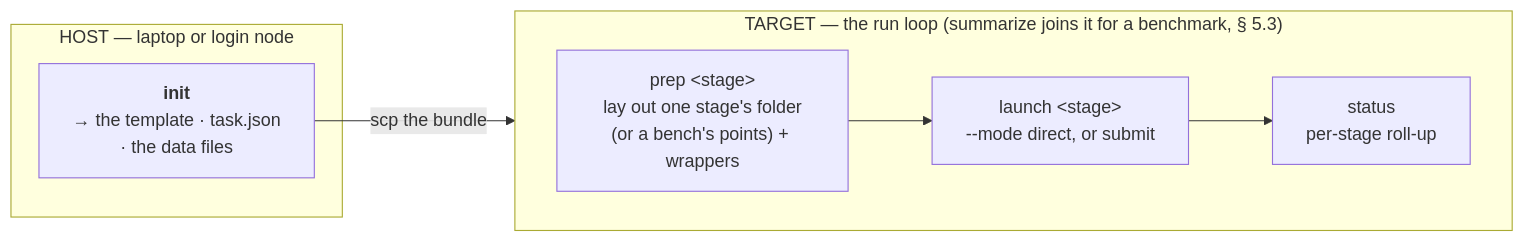
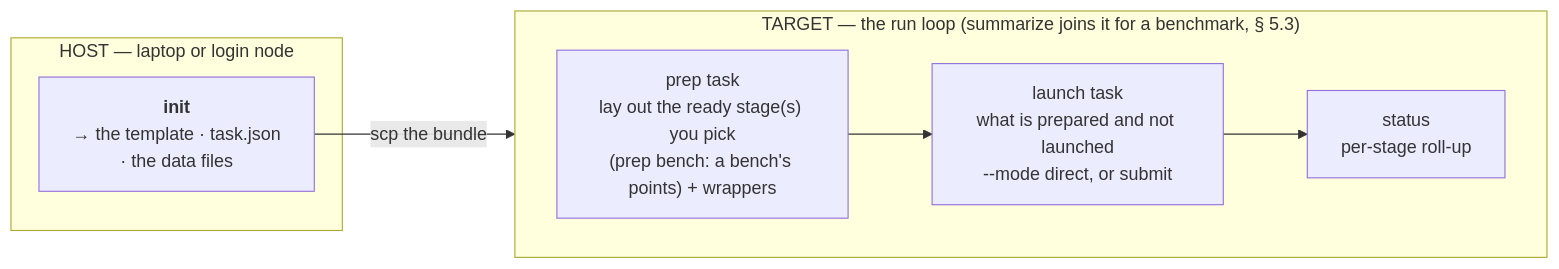
Before and after one commit to Qing-LAB/molbuilder: the fifth of 10 diagrams in docs/execution/job-system.md, drawn with Mermaid. The commit also changed other lines of this file and 14 other files, not shown here.

````diff
--- a/docs/execution/job-system.md
+++ b/docs/execution/job-system.md
@@ -921,14 +923,14 @@
 ```mermaid
 flowchart LR
     subgraph host["HOST — laptop or login node"]
       P["<b>init</b><br/>→ the template · task.json<br/>· the data files"]
     end
     subgraph target["TARGET — the run loop (summarize joins it for a benchmark, § 5.3)"]
       direction LR
-      PR["prep &lt;stage&gt;<br/>lay out one stage's folder<br/>(or a bench's points) + wrappers"]
-      SU["launch &lt;stage&gt;<br/>--mode direct, or submit"]
+      PR["prep task<br/>lay out the ready stage(s) you pick<br/>(prep bench: a bench's points) + wrappers"]
+      SU["launch task<br/>what is prepared and not launched<br/>--mode direct, or submit"]
       ST["status<br/>per-stage roll-up"]
       PR --> SU --> ST
     end
     P -->|"scp the bundle"| PR
 ```
````
